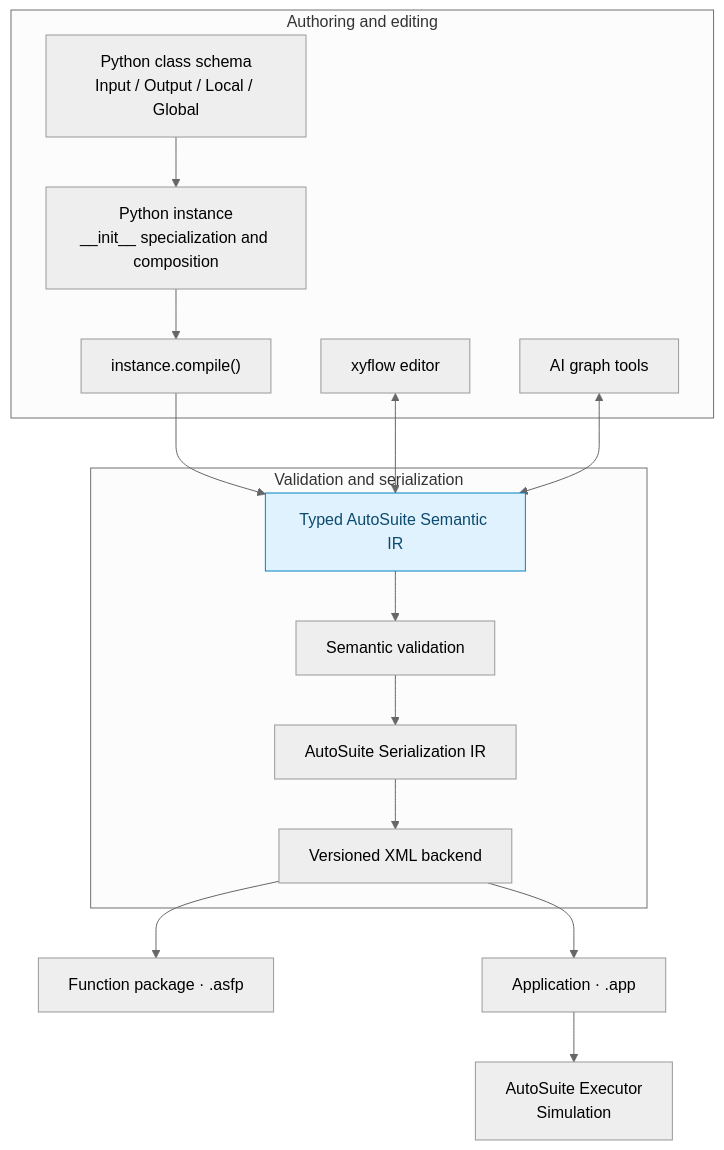
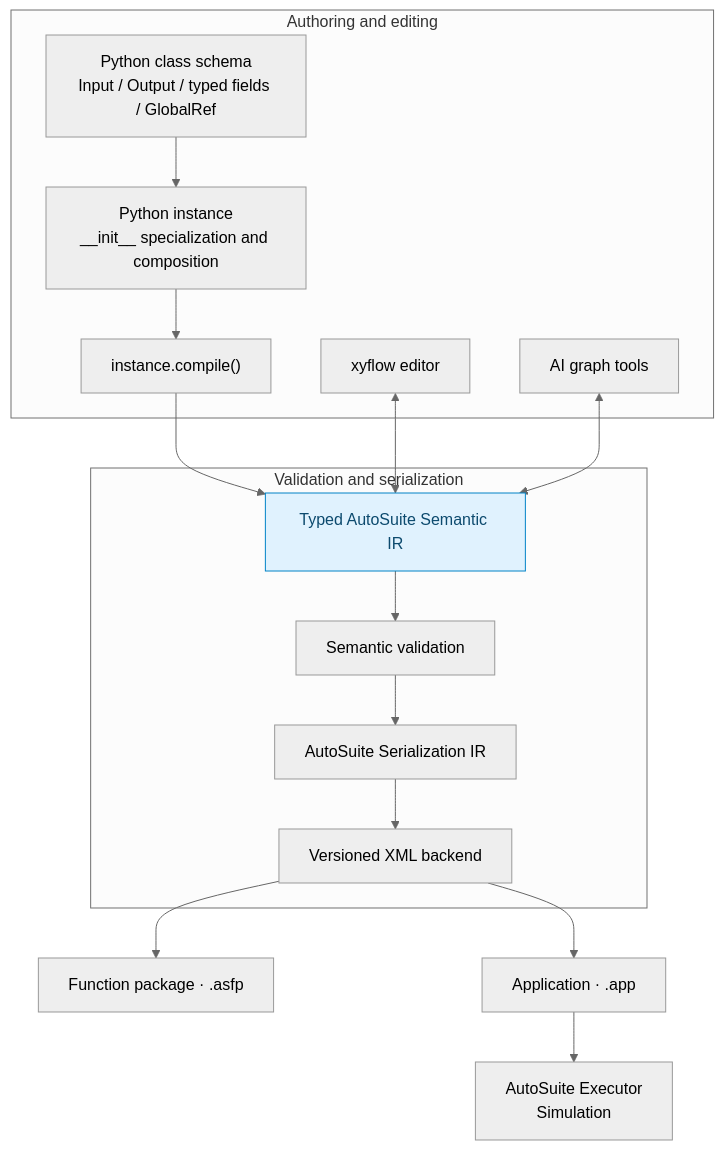
One commit to TsumiNa/sciloom changed the diagram in docs/01_TARGET_ARCHITECTURE.md. Above: the diagram before and after it, drawn with Mermaid (neutral theme). The commit also changed other lines of this file and 32 other files, not shown here.

````diff
--- a/docs/01_TARGET_ARCHITECTURE.md
+++ b/docs/01_TARGET_ARCHITECTURE.md
@@ -9,22 +9,22 @@
 ```mermaid
 flowchart TB
     subgraph Authoring["Authoring and editing"]
-        Class["Python class schema<br/>Input / Output / Local / Global"] --> Instance["Python instance<br/>__init__ specialization and composition"]
+        Class["Python class schema<br/>Input / Output / typed fields / GlobalRef"] --> Instance["Python instance<br/>__init__ specialization and composition"]
         Instance --> Compile["instance.compile()"]
         GUI["xyflow editor"]
         AI["AI graph tools"]
     end
     Compile --> IR["Typed AutoSuite Semantic IR"]
     GUI <--> IR
     AI <--> IR
     subgraph Backend["Validation and serialization"]
         IR --> Validate["Semantic validation"]
         Validate --> SIR["AutoSuite Serialization IR"]
         SIR --> XML["Versioned XML backend"]
     end
     XML --> ASFP["Function package · .asfp"]
     XML --> APP["Application · .app"]
     APP --> Executor["AutoSuite Executor<br/>Simulation"]
     classDef core fill:#e0f2fe,stroke:#0284c7,color:#0c4a6e;
     class IR core;
 ```
````
